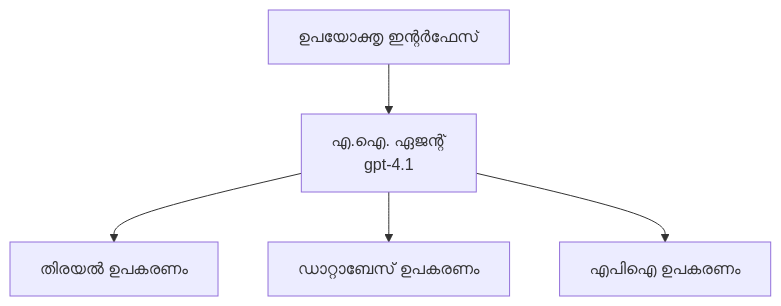
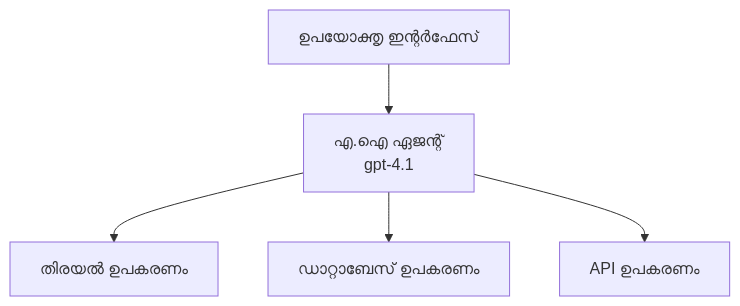
One commit to microsoft/AZD-for-beginners changed the first of 3 diagrams in translations/ml/docs/chapter-02-ai-development/agents.md. Above: the diagram before and after it, drawn with Mermaid. The commit also changed other lines of this file and 59 other files, not shown here.

````diff
--- a/translations/ml/docs/chapter-02-ai-development/agents.md
+++ b/translations/ml/docs/chapter-02-ai-development/agents.md
@@ -162,7 +162,7 @@
 ```mermaid
 graph TD
-    UI[ഉപയോക്തൃ ഇന്റർഫേസ്] --> Agent[എ.ഐ. ഏജന്റ്<br/>gpt-4.1]
+    UI[ഉപയോക്തൃ ഇന്റർഫേസ്] --> Agent[എ.ഐ ഏജന്റ്<br/>gpt-4.1]
     Agent --> Search[തിരയൽ ഉപകരണം]
     Agent --> Database[ഡാറ്റാബേസ് ഉപകരണം]
-    Agent --> API[എപിഐ ഉപകരണം]
+    Agent --> API[API ഉപകരണം]
 ```
````
